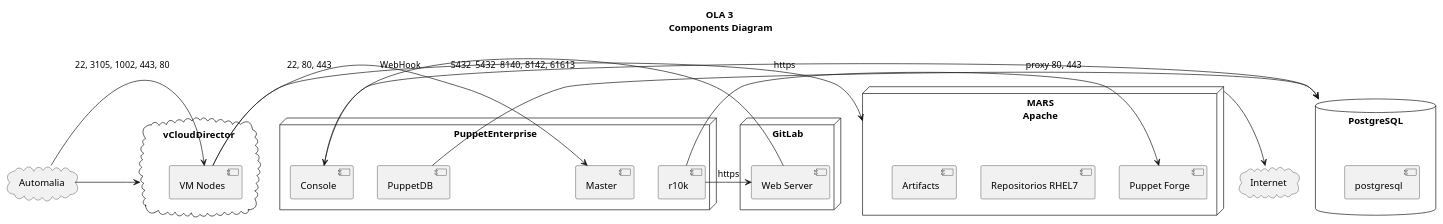
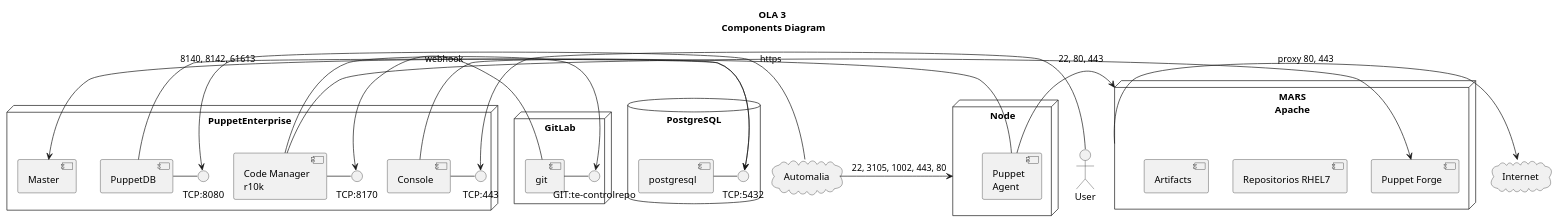
Before and after one commit to CIVIR-ES/PE-vagrant: the diagram in doc/diagram.puml, drawn with PlantUML.

Commit message:
Add Interfaces

```diff
--- a/doc/diagram.puml
+++ b/doc/diagram.puml
@@ -1,40 +1,52 @@
 @startuml
 title OLA 3\n Components Diagram
+Actor User
+
 node "PuppetEnterprise" {
-  [r10k]
+  [Code Manager\nr10k] as r10k
   [Master]
   [PuppetDB]
   [Console]
+  interface "TCP:8170" as TCP8170
+  interface "TCP:443" as TCP443
+  interface "TCP:8080" as TCP8080
+  [Console] - TCP443
+  r10k - TCP8170
+  [PuppetDB] - TCP8080
 }
 
-node "MARS\nApache" as MRS {
+node "MARS\nApache" as MARS {
   [Puppet Forge]
   [Repositorios RHEL7]
   [Artifacts]
 }
 
 node "GitLab" {
-  [Web Server]
+  [git]
+  interface "GIT:te-controlrepo" as controlrepo
+  [git] - controlrepo
 }
 cloud "Internet" {
 }
 database "PostgreSQL" {
   [postgresql]
+  interface "TCP:5432" as TCP5432
+  [postgresql] - TCP5432
 }
 cloud "Automalia" {
 }
-cloud "vCloudDirector"{
-  [VM Nodes]
+node "Node" {
+  [Puppet\nAgent]
 }
-Automalia -> [VM Nodes] : 22, 3105, 1002, 443, 80
-Automalia -> vCloudDirector
-[r10k] -> [Web Server] : https
-[r10k] -> [Puppet Forge] : https
-[VM Nodes] -> MRS : 22, 80, 443
-[VM Nodes] -> [Master] : 8140, 8142, 61613
-MRS -> Internet : proxy 80, 443
-[PuppetDB] -> PostgreSQL : 5432
-[Console] -> PostgreSQL : 5432
-[Web Server] -> [Console] : WebHook
-
+Automalia -> Node : 22, 3105, 1002, 443, 80
+Automalia -> TCP8080
+User -> TCP443
+r10k -> controlrepo
+r10k -> [Puppet Forge] : https
+[Puppet\nAgent] -> MARS : 22, 80, 443
+[Puppet\nAgent] -> [Master] : 8140, 8142, 61613
+MARS -> Internet : proxy 80, 443
+[PuppetDB] -> TCP5432
+[Console] -> TCP5432
+[git] -> TCP8170 : webhook
 @enduml
```
